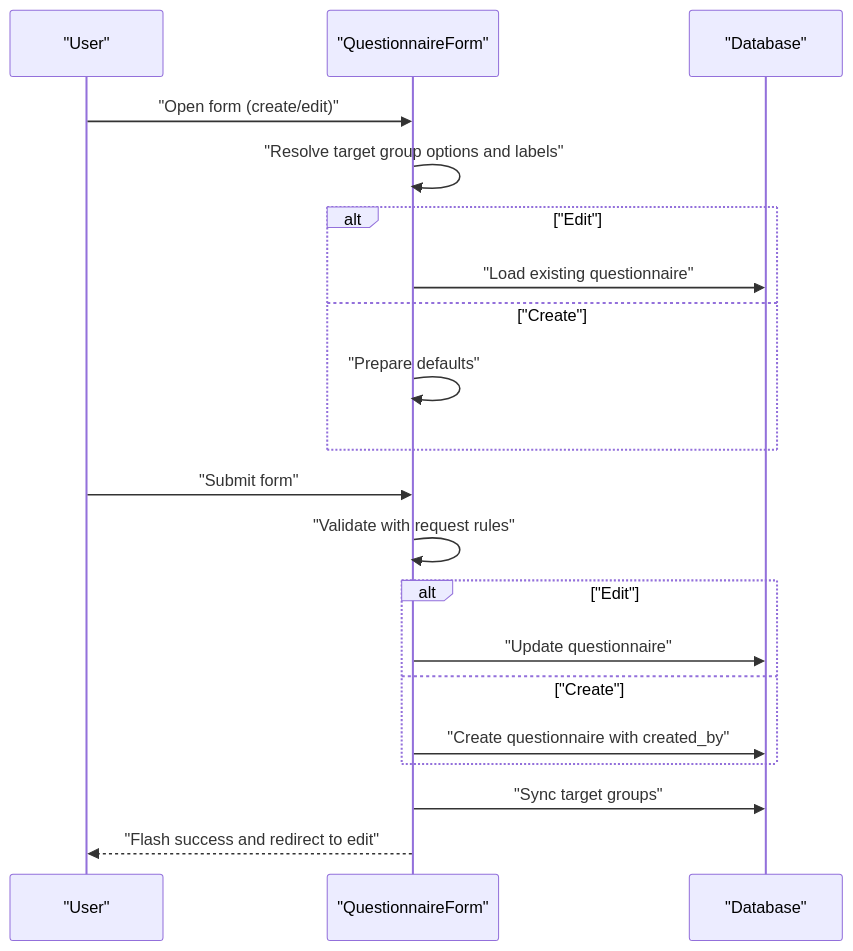
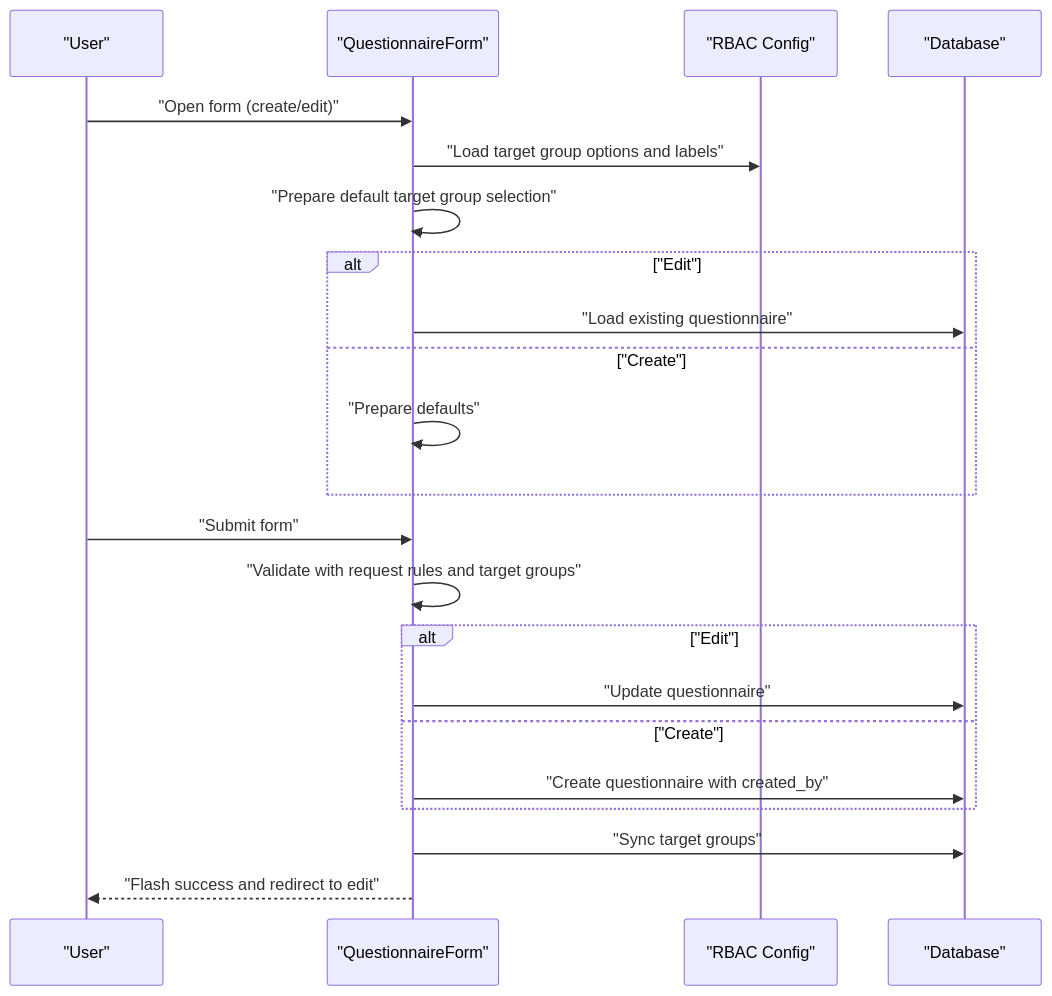
One commit to rudicatsmile/assesment360 changed the seventh of 11 diagrams in .qoder/repowiki/en/content/Livewire Components/Admin Components.md. Above: the diagram before and after it, drawn with Mermaid. The commit also changed other lines of this file and 5 other files, not shown here.

````diff
--- a/.qoder/repowiki/en/content/Livewire Components/Admin Components.md
+++ b/.qoder/repowiki/en/content/Livewire Components/Admin Components.md
@@ -346,22 +359,24 @@
 ```mermaid
 sequenceDiagram
 participant U as "User"
 participant C as "QuestionnaireForm"
+participant CFG as "RBAC Config"
 participant DB as "Database"
 U->>C : "Open form (create/edit)"
-C->>C : "Resolve target group options and labels"
+C->>CFG : "Load target group options and labels"
+C->>C : "Prepare default target group selection"
 alt "Edit"
 C->>DB : "Load existing questionnaire"
 else "Create"
 C->>C : "Prepare defaults"
 end
 U->>C : "Submit form"
-C->>C : "Validate with request rules"
+C->>C : "Validate with request rules and target groups"
 alt "Edit"
 C->>DB : "Update questionnaire"
 else "Create"
 C->>DB : "Create questionnaire with created_by"
 end
 C->>DB : "Sync target groups"
 C-->>U : "Flash success and redirect to edit"
 ```
````
